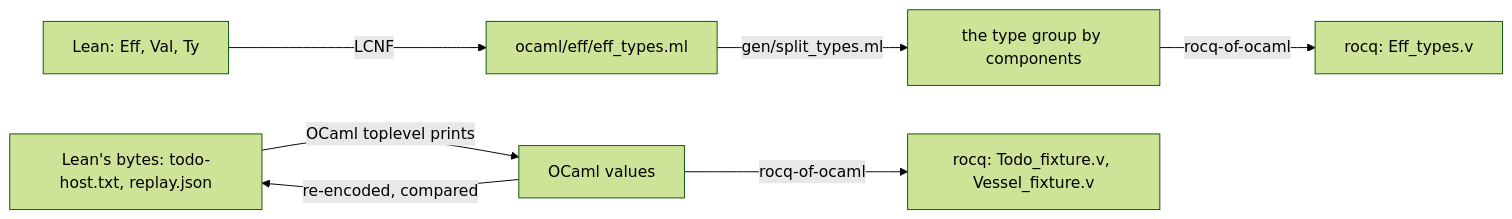
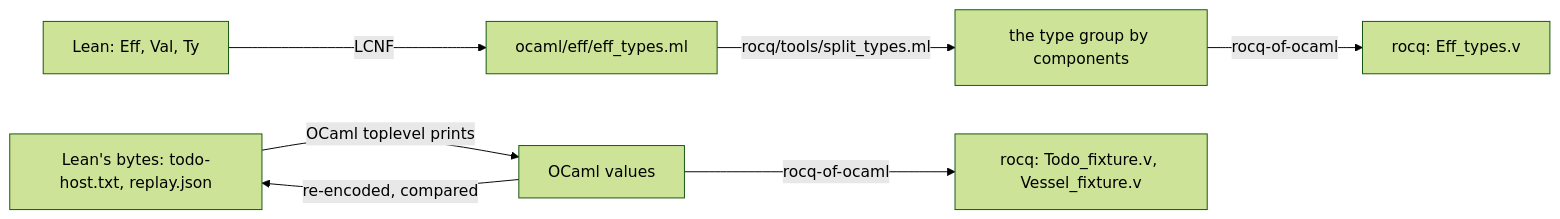
The diagram in docs/research/2026-10-16-itrees/README.md (pure-algebra/lean4-effect4), drawn with Mermaid (forest theme) before and after one commit. The commit also changed 13 other files, not shown here.

````diff
--- a/docs/research/2026-10-16-itrees/README.md
+++ b/docs/research/2026-10-16-itrees/README.md
@@ -73,9 +73,9 @@
 ```mermaid
 flowchart LR
   L[Lean: Eff, Val, Ty] -- LCNF --> O[ocaml/eff/eff_types.ml]
-  O -- gen/split_types.ml --> S[the type group by components]
+  O -- rocq/tools/split_types.ml --> S[the type group by components]
   S -- rocq-of-ocaml --> V[rocq: Eff_types.v]
   B[Lean's bytes: todo-host.txt, replay.json] -- OCaml toplevel prints --> F[OCaml values]
   F -- re-encoded, compared --> B
   F -- rocq-of-ocaml --> D[rocq: Todo_fixture.v, Vessel_fixture.v]
 ```
````
